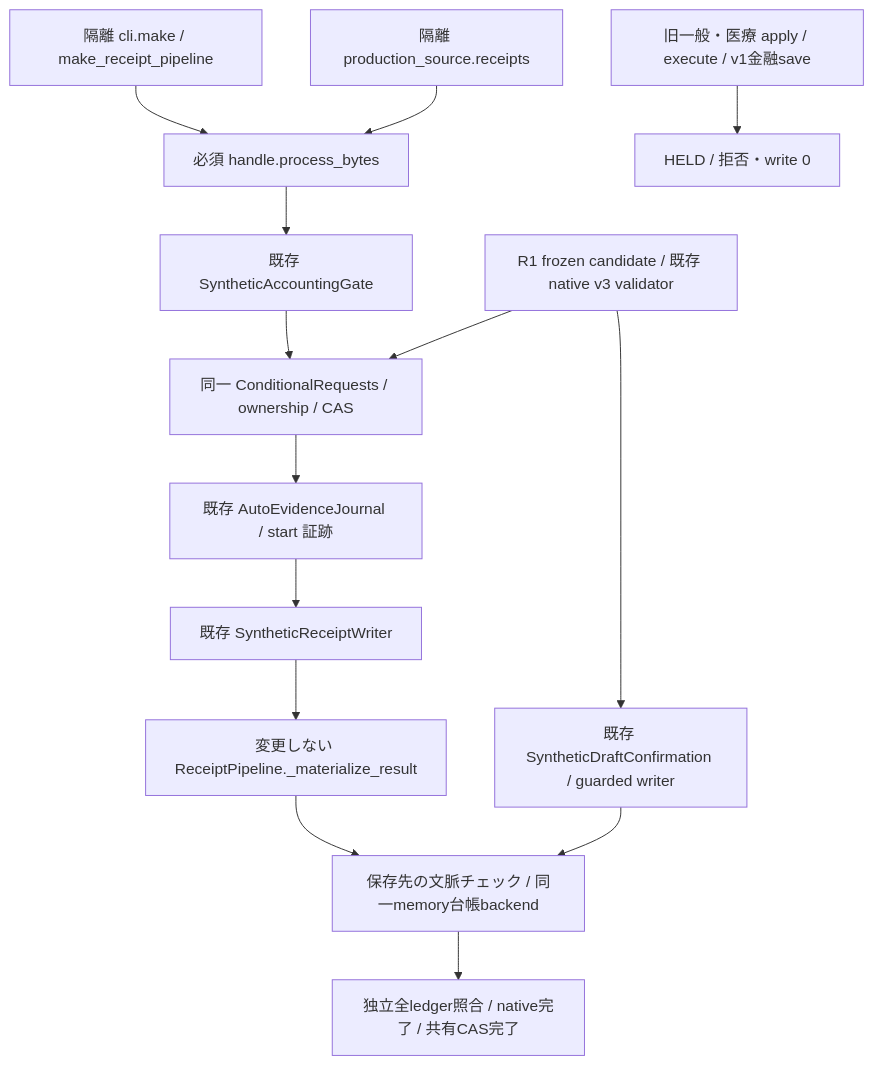
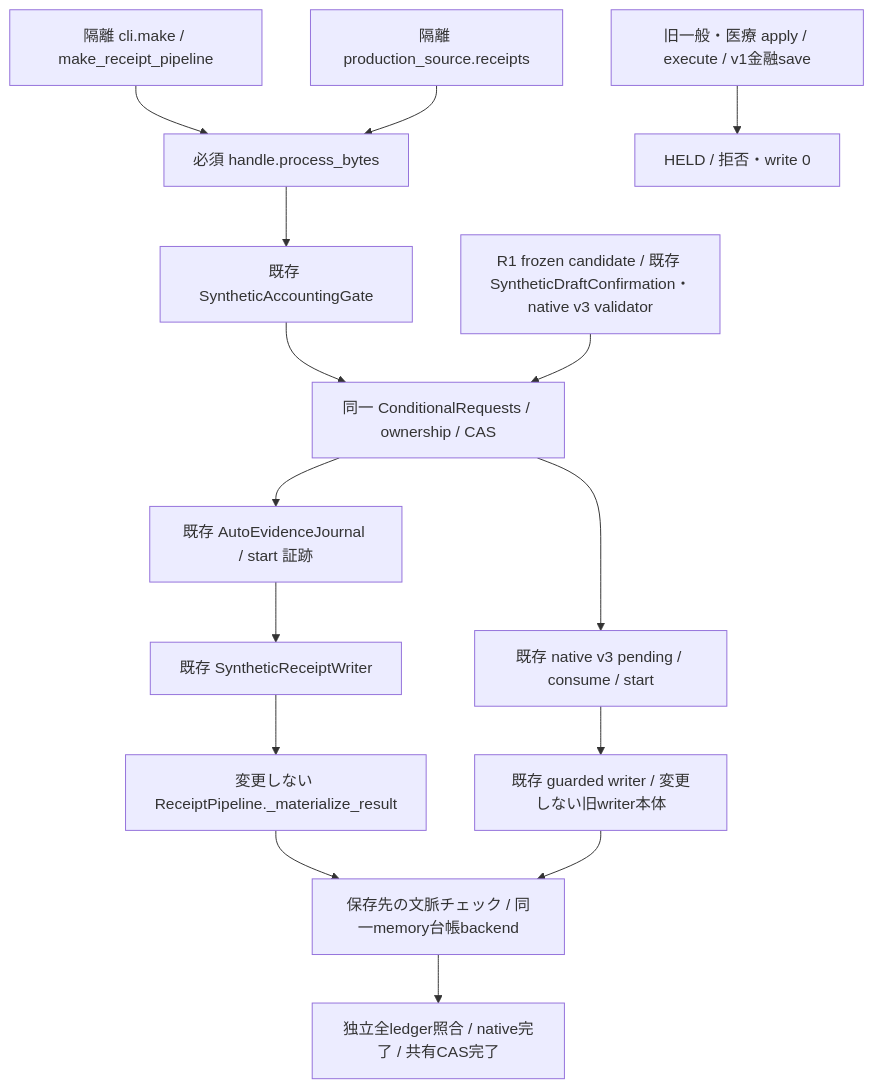
Before and after one commit to tmoriuchi1401-source/kakeibo-ai: the diagram in docs/r2-2-mandatory-gate.md, drawn with Mermaid. The commit also changed 2 other files, not shown here.

Commit message:
Fail closed on unmapped v1 sources and opaque operation history

````diff
--- a/docs/r2-2-mandatory-gate.md
+++ b/docs/r2-2-mandatory-gate.md
@@ -18,16 +18,17 @@
 ```mermaid
 flowchart TD
   C[隔離 cli.make / make_receipt_pipeline] --> P[必須 handle.process_bytes]
   S[隔離 production_source.receipts] --> P
   P --> G[既存 SyntheticAccountingGate]
   G --> O[同一 ConditionalRequests / ownership / CAS]
   O --> N[既存 AutoEvidenceJournal / start 証跡]
   N --> W[既存 SyntheticReceiptWriter]
   W --> B[変更しない ReceiptPipeline._materialize_result]
   B --> L[保存先の文脈チェック / 同一memory台帳backend]
-  R[R1 frozen candidate / 既存 native v3 validator] --> O
-  R --> D[既存 SyntheticDraftConfirmation / guarded writer]
+  R[R1 frozen candidate / 既存 SyntheticDraftConfirmation・native v3 validator] --> O
+  O --> V[既存 native v3 pending / consume / start]
+  V --> D[既存 guarded writer / 変更しない旧writer本体]
   D --> L
   X[旧一般・医療 apply / execute / v1金融save] --> H[HELD / 拒否・write 0]
   L --> I[独立全ledger照合 / native完了 / 共有CAS完了]
 ```
````
